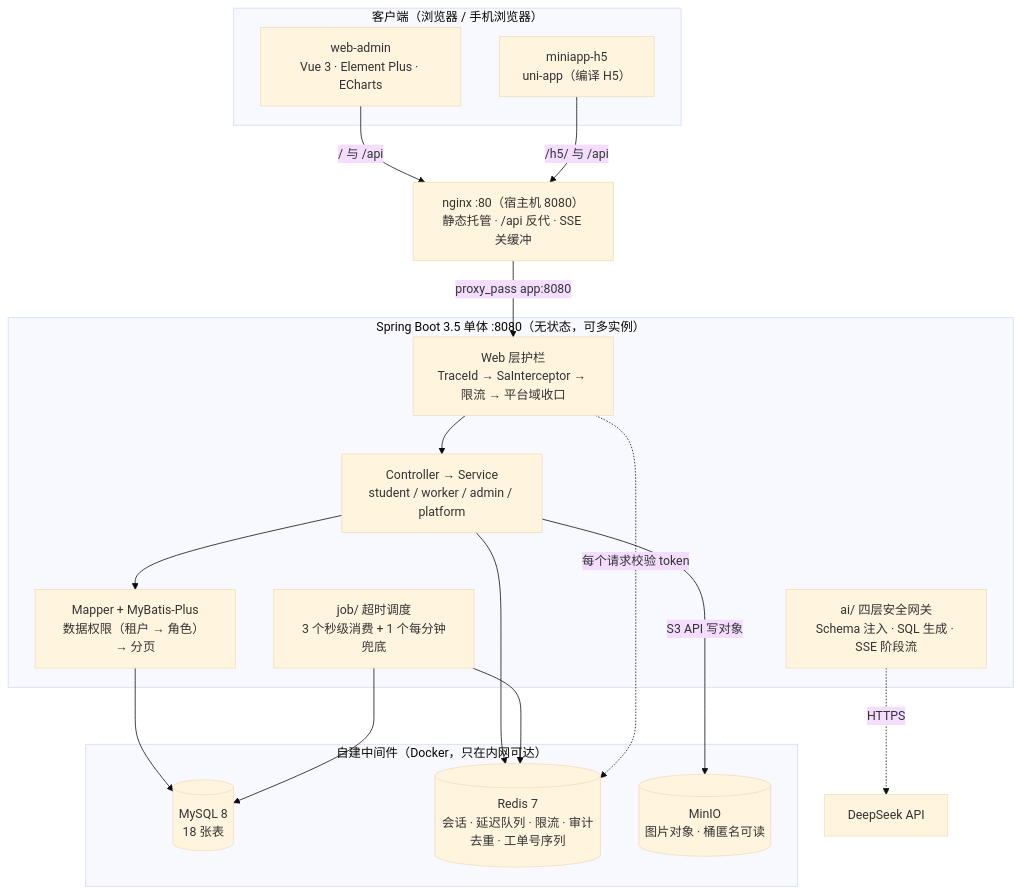
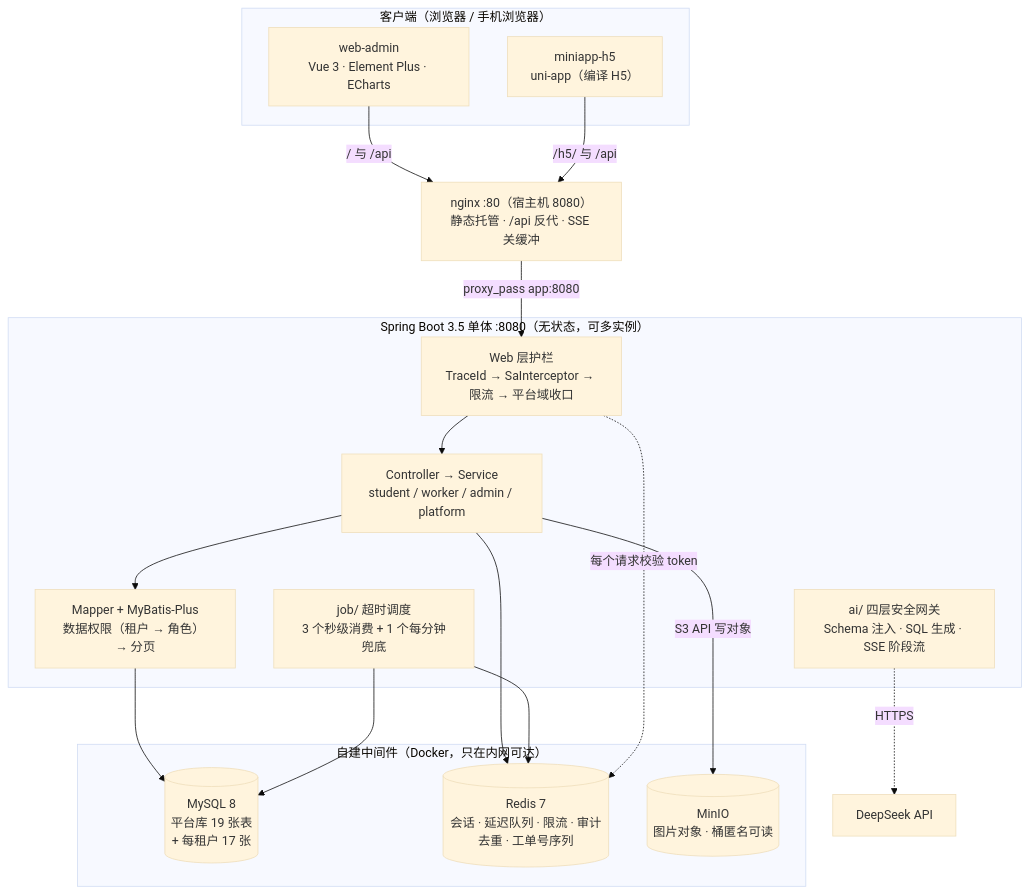
One commit to bluemalic/repair-platform changed the diagram in README.md. Above: the diagram before and after it, drawn with Mermaid (base theme). The commit also changed other lines of this file and 5 other files, not shown here.

````diff
--- a/README.md
+++ b/README.md
@@ -72,38 +72,38 @@
 ```mermaid
 flowchart TB
     subgraph client["客户端（浏览器 / 手机浏览器）"]
         adminApp["web-admin<br/>Vue 3 · Element Plus · ECharts"]
         h5App["miniapp-h5<br/>uni-app（编译 H5）"]
     end
 
     nginx["nginx :80（宿主机 8080）<br/>静态托管 · /api 反代 · SSE 关缓冲"]
 
     subgraph boot["Spring Boot 3.5 单体 :8080（无状态，可多实例）"]
         guard["Web 层护栏<br/>TraceId → SaInterceptor → 限流 → 平台域收口"]
         biz["Controller → Service<br/>student / worker / admin / platform"]
         orm["Mapper + MyBatis-Plus<br/>数据权限（租户 → 角色） → 分页"]
         sched["job/ 超时调度<br/>3 个秒级消费 + 1 个每分钟兜底"]
         aiPkg["ai/ 四层安全网关<br/>Schema 注入 · SQL 生成 · SSE 阶段流"]
     end
 
     subgraph infra["自建中间件（Docker，只在内网可达）"]
-        mysql[("MySQL 8<br/>18 张表")]
+        mysql[("MySQL 8<br/>平台库 19 张表<br/>+ 每租户 17 张")]
         redis[("Redis 7<br/>会话 · 延迟队列 · 限流 · 审计去重 · 工单号序列")]
         minio[("MinIO<br/>图片对象 · 桶匿名可读")]
     end
 
     deepseek["DeepSeek API"]
 
     adminApp -->|"/ 与 /api"| nginx
     h5App -->|"/h5/ 与 /api"| nginx
     nginx -->|"proxy_pass app:8080"| guard
     guard --> biz
     biz --> orm
     orm --> mysql
     biz --> redis
     biz -->|"S3 API 写对象"| minio
     sched --> redis
     sched --> mysql
     guard -.->|"每个请求校验 token"| redis
     aiPkg -.->|"HTTPS"| deepseek
 ```
````
